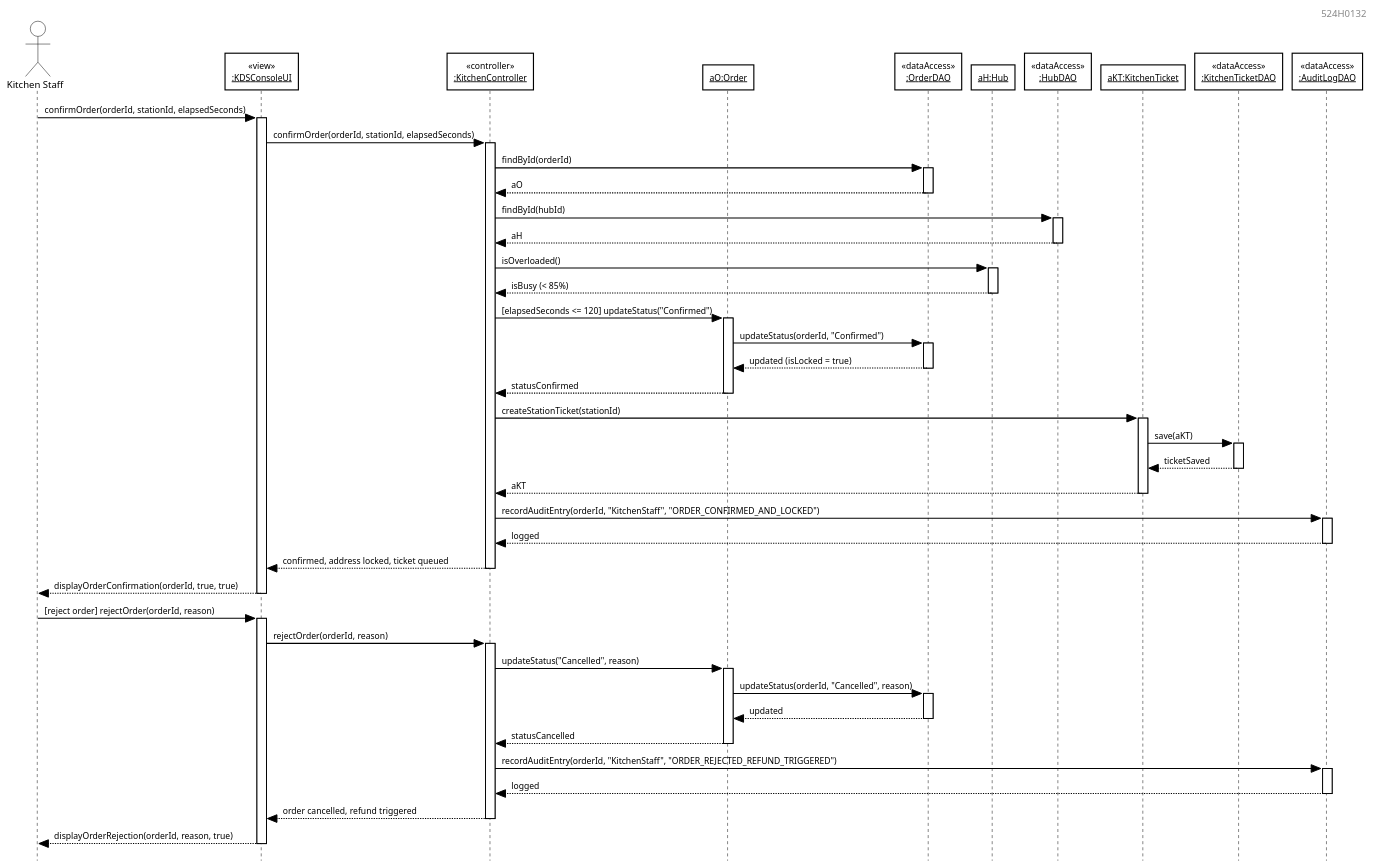
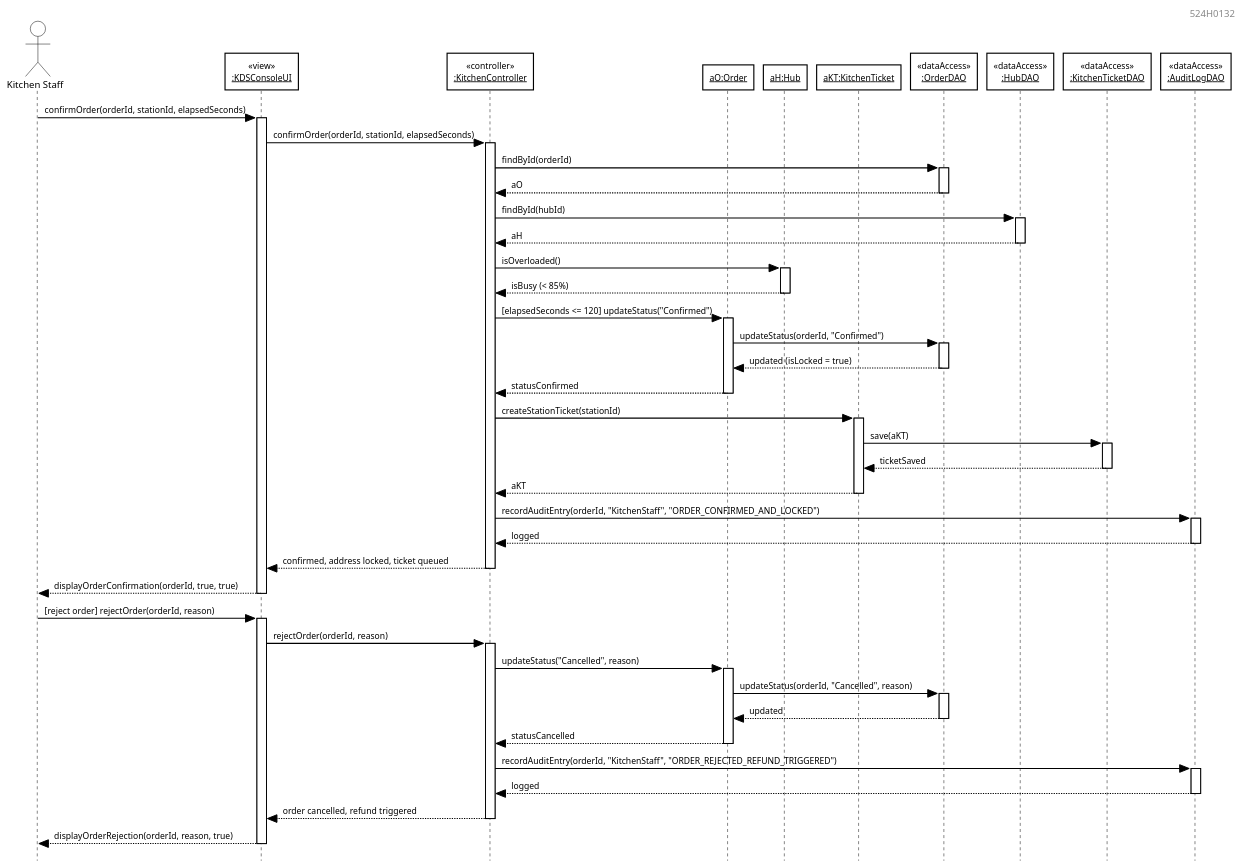
Before and after one commit to DoQuocTrung06/SaigonBite-RAD-TeamF10: the diagram in Part_3/models/UC7_Modified_Sequence_Diagram.puml, drawn with PlantUML. The commit also changed other lines of this file and 19 other files, not shown here.

Commit message:
feat(part3): finalize Satzinger-compliant diagrams, separate UC3/UC14 UI wireframes, and sync report/slides (524H0031)

```diff
--- a/Part_3/models/UC7_Modified_Sequence_Diagram.puml
+++ b/Part_3/models/UC7_Modified_Sequence_Diagram.puml
@@ -1,101 +1,101 @@
 @startuml
 skinparam style strictuml
 skinparam monochrome true
 skinparam shadowing false
 skinparam backgroundColor #FFFFFF
 skinparam defaultFontName Arial
 skinparam defaultFontSize 10
 skinparam roundcorner 0
 skinparam dpi 150
 hide footbox
 
 skinparam SequenceLifeLineBorderColor #000000
 skinparam SequenceLifeLineBackgroundColor #FFFFFF
 skinparam ParticipantBackgroundColor #FFFFFF
 skinparam ParticipantBorderColor #000000
 skinparam ParticipantBorderThickness 1.2
 skinparam ParticipantFontColor #000000
 skinparam ParticipantFontSize 9
 skinparam ActorBackgroundColor #FFFFFF
 skinparam ActorBorderColor #000000
 skinparam ActorFontColor #000000
 skinparam ArrowColor #000000
 skinparam ArrowThickness 1.1
 skinparam ArrowFontColor #000000
 skinparam ArrowFontSize 9
 
 right header 524H0132
 
 actor "Kitchen Staff" as Staff
 participant "<<view>>\n__:KDSConsoleUI__" as UI
 participant "<<controller>>\n__:KitchenController__" as Ctrl
 participant "__aO:Order__" as Ord
+participant "__aH:Hub__" as Hub
+participant "__aKT:KitchenTicket__" as Ticket
 participant "<<dataAccess>>\n__:OrderDAO__" as OrderDAO
-participant "__aH:Hub__" as Hub
 participant "<<dataAccess>>\n__:HubDAO__" as HubDAO
-participant "__aKT:KitchenTicket__" as Ticket
 participant "<<dataAccess>>\n__:KitchenTicketDAO__" as TicketDAO
 participant "<<dataAccess>>\n__:AuditLogDAO__" as AuditDAO
 
 Staff -> UI: confirmOrder(orderId, stationId, elapsedSeconds)
 activate UI
 UI -> Ctrl: confirmOrder(orderId, stationId, elapsedSeconds)
 activate Ctrl
 Ctrl -> OrderDAO: findById(orderId)
 activate OrderDAO
 OrderDAO --> Ctrl: aO
 deactivate OrderDAO
 Ctrl -> HubDAO: findById(hubId)
 activate HubDAO
 HubDAO --> Ctrl: aH
 deactivate HubDAO
 Ctrl -> Hub: isOverloaded()
 activate Hub
 Hub --> Ctrl: isBusy (< 85%)
 deactivate Hub
 Ctrl -> Ord: [elapsedSeconds <= 120] updateStatus("Confirmed")
 activate Ord
 Ord -> OrderDAO: updateStatus(orderId, "Confirmed")
 activate OrderDAO
 OrderDAO --> Ord: updated (isLocked = true)
 deactivate OrderDAO
 Ord --> Ctrl: statusConfirmed
 deactivate Ord
 Ctrl -> Ticket: createStationTicket(stationId)
 activate Ticket
 Ticket -> TicketDAO: save(aKT)
 activate TicketDAO
 TicketDAO --> Ticket: ticketSaved
 deactivate TicketDAO
 Ticket --> Ctrl: aKT
 deactivate Ticket
 Ctrl -> AuditDAO: recordAuditEntry(orderId, "KitchenStaff", "ORDER_CONFIRMED_AND_LOCKED")
 activate AuditDAO
 AuditDAO --> Ctrl: logged
 deactivate AuditDAO
 Ctrl --> UI: confirmed, address locked, ticket queued
 deactivate Ctrl
 UI --> Staff: displayOrderConfirmation(orderId, true, true)
 deactivate UI
 
 Staff -> UI: [reject order] rejectOrder(orderId, reason)
 activate UI
 UI -> Ctrl: rejectOrder(orderId, reason)
 activate Ctrl
 Ctrl -> Ord: updateStatus("Cancelled", reason)
 activate Ord
 Ord -> OrderDAO: updateStatus(orderId, "Cancelled", reason)
 activate OrderDAO
 OrderDAO --> Ord: updated
 deactivate OrderDAO
 Ord --> Ctrl: statusCancelled
 deactivate Ord
 Ctrl -> AuditDAO: recordAuditEntry(orderId, "KitchenStaff", "ORDER_REJECTED_REFUND_TRIGGERED")
 activate AuditDAO
 AuditDAO --> Ctrl: logged
 deactivate AuditDAO
 Ctrl --> UI: order cancelled, refund triggered
 deactivate Ctrl
 UI --> Staff: displayOrderRejection(orderId, reason, true)
 deactivate UI
 @enduml
```
